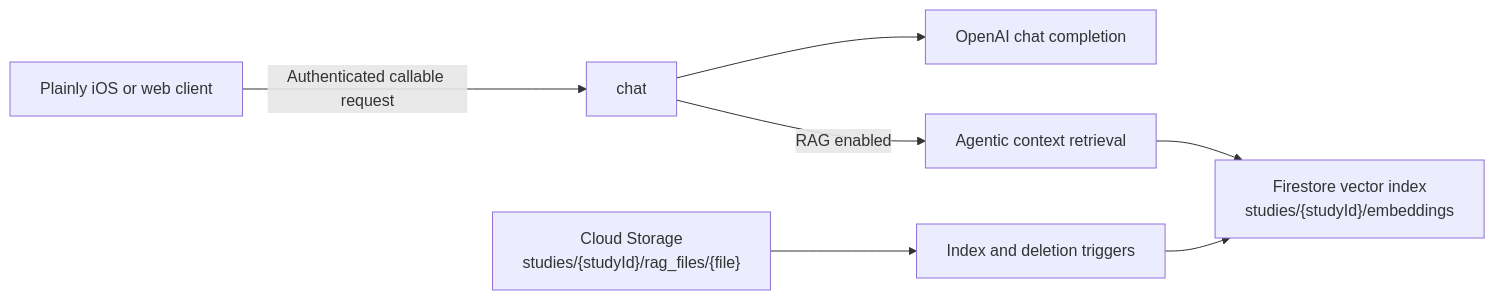
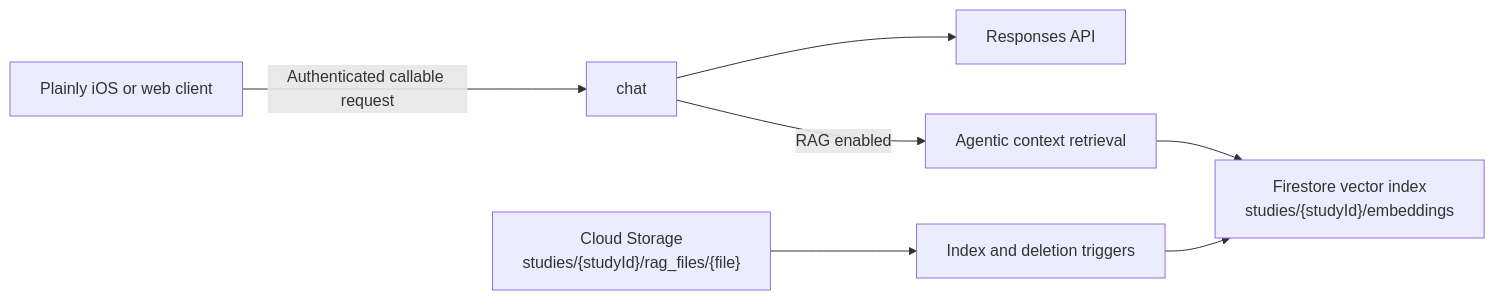
One commit to SchmiedmayerLab/Plainly-Firebase changed the diagram in README.md. Above: the diagram before and after it, drawn with Mermaid. The commit also changed other lines of this file and 30 other files, not shown here.

First line of the commit message:
Serve the Chat Function Through the Responses API (#21)

````diff
--- a/README.md
+++ b/README.md
@@ -38,9 +38,9 @@
 ```mermaid
 flowchart LR
     A["Plainly iOS or web client"] -->|"Authenticated callable request"| B["chat"]
-    B --> C["OpenAI chat completion"]
+    B --> C["Responses API"]
     B -->|"RAG enabled"| D["Agentic context retrieval"]
     D --> E["Firestore vector index<br/>studies/{studyId}/embeddings"]
     F["Cloud Storage<br/>studies/{studyId}/rag_files/{file}"] --> G["Index and deletion triggers"]
     G --> E
 ```
````
